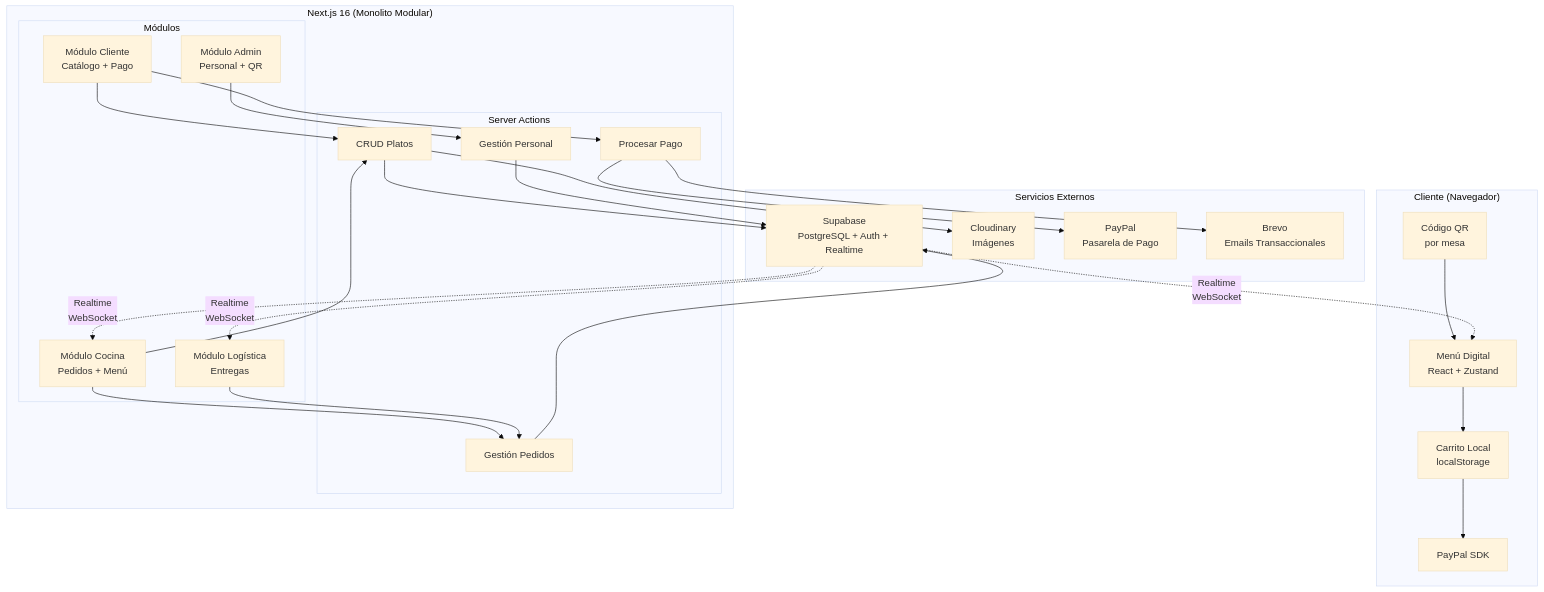
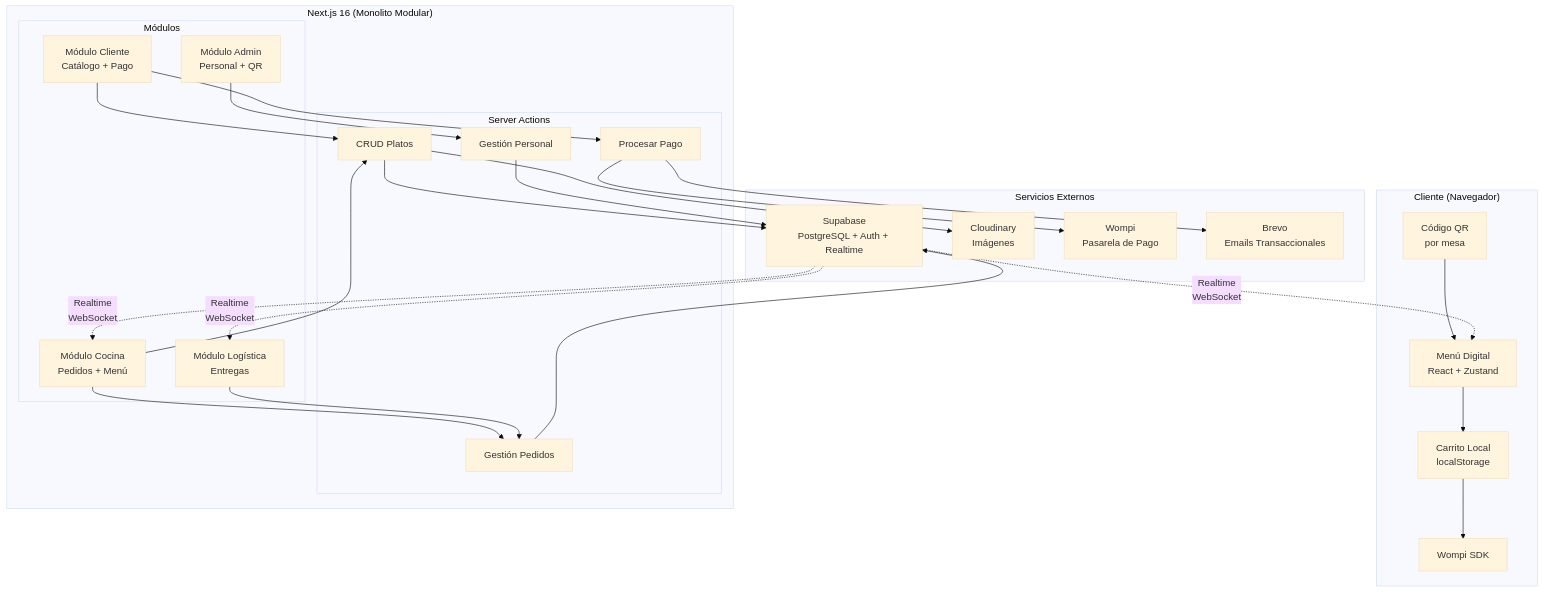
One commit to SLarkZ01/E-commerce-de-Restaurante changed the diagram in docs/03-arquitectura/diagrama.md. Above: the diagram before and after it, drawn with Mermaid (base theme). The commit also changed 30 other files, not shown here.

````diff
--- a/docs/03-arquitectura/diagrama.md
+++ b/docs/03-arquitectura/diagrama.md
@@ -3,54 +3,54 @@
 ```mermaid
 graph TB
     subgraph "Cliente (Navegador)"
         QR["Código QR<br/>por mesa"]
         MENU["Menú Digital<br/>React + Zustand"]
         CARRITO["Carrito Local<br/>localStorage"]
-        PAGO["PayPal SDK"]
+        PAGO["Wompi SDK"]
     end
 
     subgraph "Next.js 16 (Monolito Modular)"
         subgraph "Server Actions"
             SA_PLATOS["CRUD Platos"]
             SA_PEDIDOS["Gestión Pedidos"]
             SA_PAGO["Procesar Pago"]
             SA_PERSONAL["Gestión Personal"]
         end
 
         subgraph "Módulos"
             MOD_CLIENTE["Módulo Cliente<br/>Catálogo + Pago"]
             MOD_COCINA["Módulo Cocina<br/>Pedidos + Menú"]
             MOD_LOGISTICA["Módulo Logística<br/>Entregas"]
             MOD_ADMIN["Módulo Admin<br/>Personal + QR"]
         end
     end
 
     subgraph "Servicios Externos"
         SUPABASE["Supabase<br/>PostgreSQL + Auth + Realtime"]
         CLOUDINARY["Cloudinary<br/>Imágenes"]
-        PAYPAL["PayPal<br/>Pasarela de Pago"]
+        WOMPI["Wompi<br/>Pasarela de Pago"]
         BREVO["Brevo<br/>Emails Transaccionales"]
     end
 
     QR --> MENU
     MENU --> CARRITO
     CARRITO --> PAGO
 
     MOD_CLIENTE --> SA_PLATOS
     MOD_CLIENTE --> SA_PAGO
     MOD_COCINA --> SA_PLATOS
     MOD_COCINA --> SA_PEDIDOS
     MOD_LOGISTICA --> SA_PEDIDOS
     MOD_ADMIN --> SA_PERSONAL
 
     SA_PLATOS --> SUPABASE
     SA_PEDIDOS --> SUPABASE
-    SA_PAGO --> PAYPAL
+    SA_PAGO --> WOMPI
     SA_PAGO --> BREVO
     SA_PERSONAL --> SUPABASE
     SA_PLATOS --> CLOUDINARY
 
     SUPABASE -.->|Realtime<br/>WebSocket| MENU
     SUPABASE -.->|Realtime<br/>WebSocket| MOD_COCINA
     SUPABASE -.->|Realtime<br/>WebSocket| MOD_LOGISTICA
 ```
````
